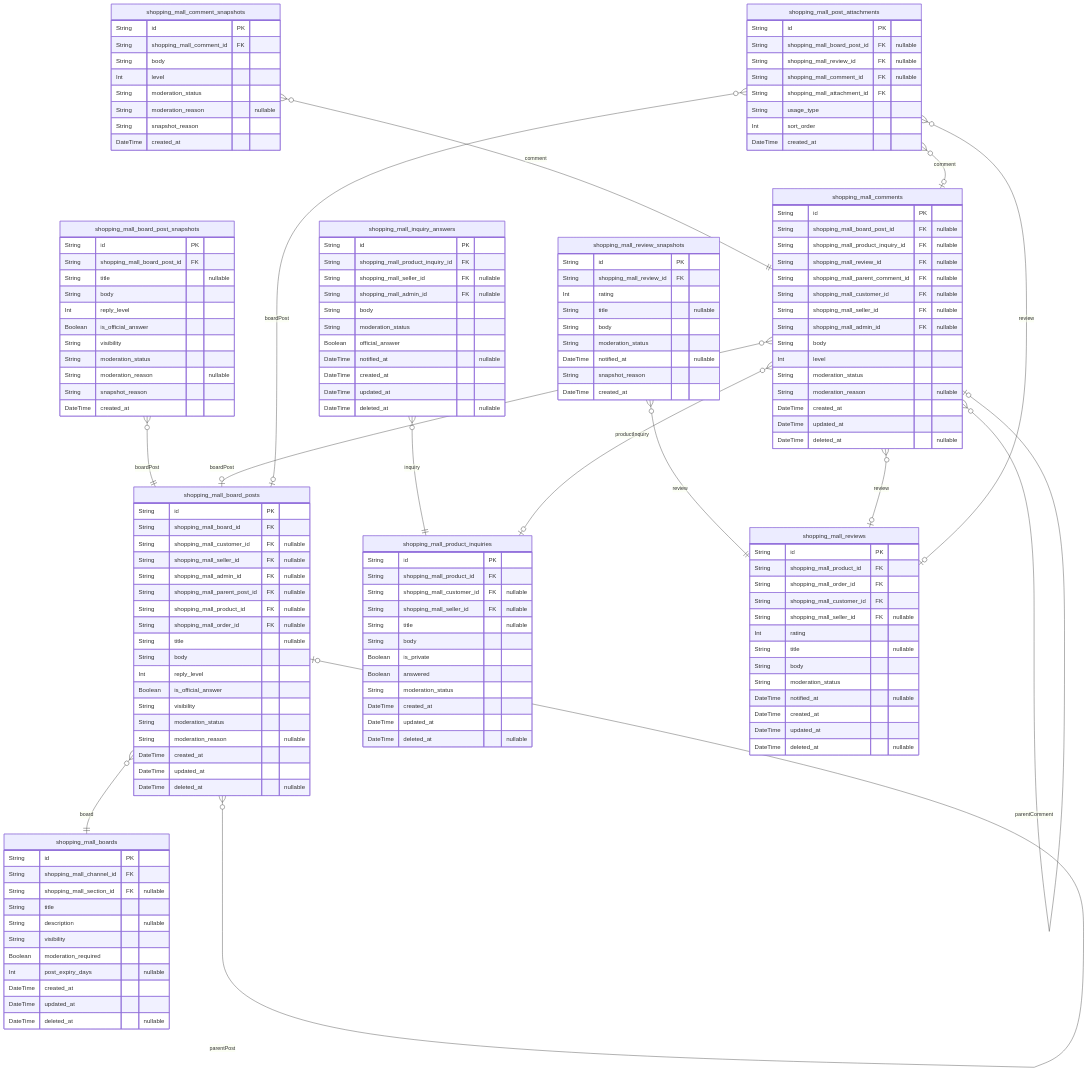
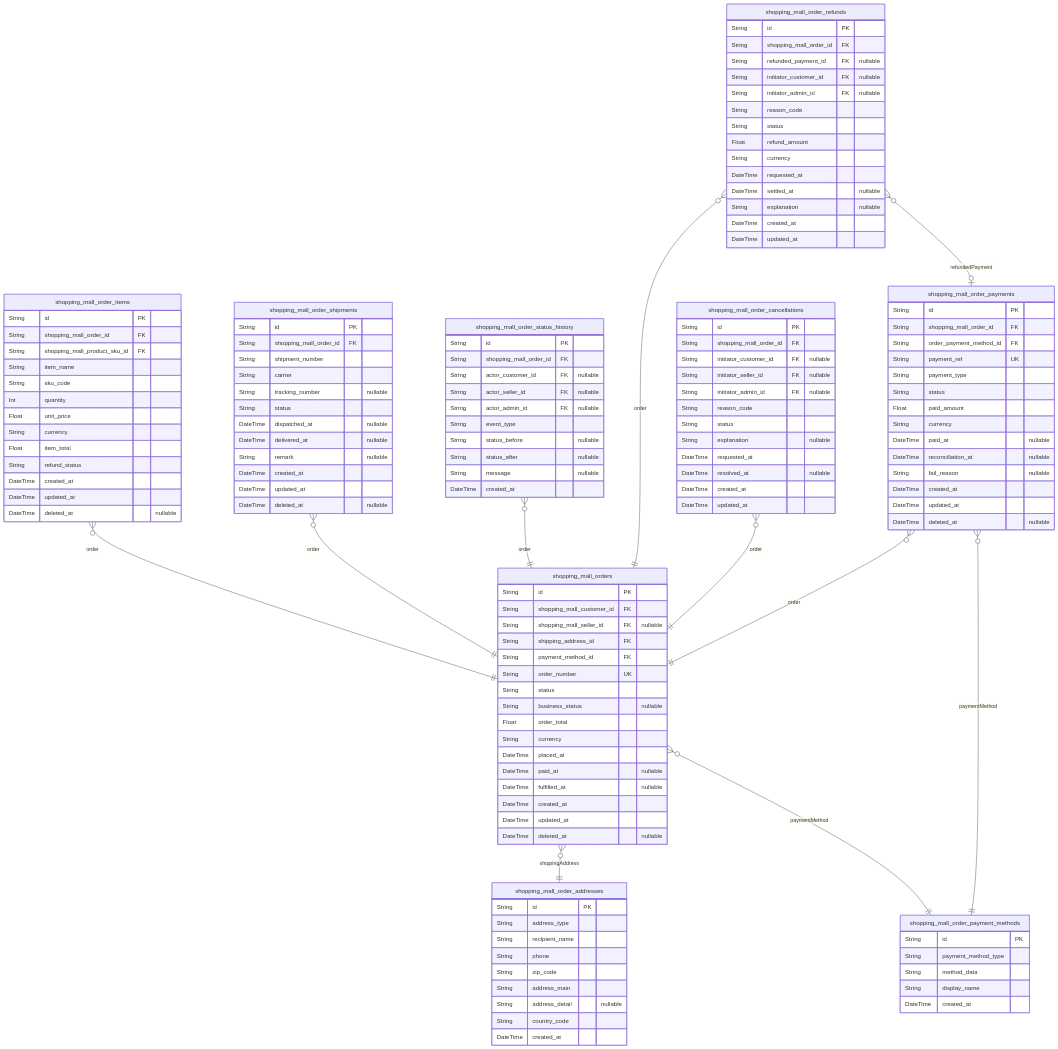
One commit to wrtnlabs/autobe-example-shopping-openai-gpt-4.1 changed the fifth of 9 diagrams in docs/ERD.md. Above: the diagram before and after it, drawn with Mermaid. The commit also changed other lines of this file and 1867 other files, not shown here.

````diff
--- a/docs/ERD.md
+++ b/docs/ERD.md
@@ -1899,152 +853,136 @@
 ```mermaid
 erDiagram
-"shopping_mall_boards" {
+"shopping_mall_orders" {
   String id PK
-  String shopping_mall_channel_id FK
-  String shopping_mall_section_id FK "nullable"
-  String title
-  String description "nullable"
-  String visibility
-  Boolean moderation_required
-  Int post_expiry_days "nullable"
+  String shopping_mall_customer_id FK
+  String shopping_mall_seller_id FK "nullable"
+  String shipping_address_id FK
+  String payment_method_id FK
+  String order_number UK
+  String status
+  String business_status "nullable"
+  Float order_total
+  String currency
+  DateTime placed_at
+  DateTime paid_at "nullable"
+  DateTime fulfilled_at "nullable"
   DateTime created_at
   DateTime updated_at
   DateTime deleted_at "nullable"
 }
-"shopping_mall_board_posts" {
+"shopping_mall_order_items" {
   String id PK
-  String shopping_mall_board_id FK
-  String shopping_mall_customer_id FK "nullable"
-  String shopping_mall_seller_id FK "nullable"
-  String shopping_mall_admin_id FK "nullable"
-  String shopping_mall_parent_post_id FK "nullable"
-  String shopping_mall_product_id FK "nullable"
-  String shopping_mall_order_id FK "nullable"
-  String title "nullable"
-  String body
-  Int reply_level
-  Boolean is_official_answer
-  String visibility
-  String moderation_status
-  String moderation_reason "nullable"
+  String shopping_mall_order_id FK
+  String shopping_mall_product_sku_id FK
+  String item_name
+  String sku_code
+  Int quantity
+  Float unit_price
+  String currency
+  Float item_total
+  String refund_status
   DateTime created_at
   DateTime updated_at
   DateTime deleted_at "nullable"
 }
-"shopping_mall_board_post_snapshots" {
+"shopping_mall_order_shipments" {
   String id PK
-  String shopping_mall_board_post_id FK
-  String title "nullable"
-  String body
-  Int reply_level
-  Boolean is_official_answer
-  String visibility
-  String moderation_status
-  String moderation_reason "nullable"
-  String snapshot_reason
-  DateTime created_at
-}
-"shopping_mall_product_inquiries" {
-  String id PK
-  String shopping_mall_product_id FK
-  String shopping_mall_customer_id FK "nullable"
-  String shopping_mall_seller_id FK "nullable"
-  String title "nullable"
-  String body
-  Boolean is_private
-  Boolean answered
-  String moderation_status
+  String shopping_mall_order_id FK
+  String shipment_number
+  String carrier
+  String tracking_number "nullable"
+  String status
+  DateTime dispatched_at "nullable"
+  DateTime delivered_at "nullable"
+  String remark "nullable"
   DateTime created_at
   DateTime updated_at
   DateTime deleted_at "nullable"
 }
-"shopping_mall_inquiry_answers" {
+"shopping_mall_order_status_history" {
   String id PK
-  String shopping_mall_product_inquiry_id FK
-  String shopping_mall_seller_id FK "nullable"
-  String shopping_mall_admin_id FK "nullable"
-  String body
-  String moderation_status
-  Boolean official_answer
-  DateTime notified_at "nullable"
+  String shopping_mall_order_id FK
+  String actor_customer_id FK "nullable"
+  String actor_seller_id FK "nullable"
+  String actor_admin_id FK "nullable"
+  String event_type
+  String status_before "nullable"
+  String status_after "nullable"
+  String message "nullable"
+  DateTime created_at
+}
+"shopping_mall_order_payments" {
+  String id PK
+  String shopping_mall_order_id FK
+  String order_payment_method_id FK
+  String payment_ref UK
+  String payment_type
+  String status
+  Float paid_amount
+  String currency
+  DateTime paid_at "nullable"
+  DateTime reconciliation_at "nullable"
+  String fail_reason "nullable"
   DateTime created_at
   DateTime updated_at
   DateTime deleted_at "nullable"
 }
-"shopping_mall_reviews" {
+"shopping_mall_order_cancellations" {
   String id PK
-  String shopping_mall_product_id FK
   String shopping_mall_order_id FK
-  String shopping_mall_customer_id FK
-  String shopping_mall_seller_id FK "nullable"
-  Int rating
-  String title "nullable"
-  String body
-  String moderation_status
-  DateTime notified_at "nullable"
+  String initiator_customer_id FK "nullable"
+  String initiator_seller_id FK "nullable"
+  String initiator_admin_id FK "nullable"
+  String reason_code
+  String status
+  String explanation "nullable"
+  DateTime requested_at
+  DateTime resolved_at "nullable"
   DateTime created_at
   DateTime updated_at
-  DateTime deleted_at "nullable"
 }
-"shopping_mall_review_snapshots" {
+"shopping_mall_order_refunds" {
   String id PK
-  String shopping_mall_review_id FK
-  Int rating
-  String title "nullable"
-  String body
-  String moderation_status
-  DateTime notified_at "nullable"
-  String snapshot_reason
+  String shopping_mall_order_id FK
+  String refunded_payment_id FK "nullable"
+  String initiator_customer_id FK "nullable"
+  String initiator_admin_id FK "nullable"
+  String reason_code
+  String status
+  Float refund_amount
+  String currency
+  DateTime requested_at
+  DateTime settled_at "nullable"
+  String explanation "nullable"
+  DateTime created_at
+  DateTime updated_at
+}
+"shopping_mall_order_addresses" {
+  String id PK
+  String address_type
+  String recipient_name
+  String phone
+  String zip_code
+  String address_main
+  String address_detail "nullable"
+  String country_code
   DateTime created_at
 }
-"shopping_mall_comments" {
+"shopping_mall_order_payment_methods" {
   String id PK
-  String shopping_mall_board_post_id FK "nullable"
-  String shopping_mall_product_inquiry_id FK "nullable"
-  String shopping_mall_review_id FK "nullable"
-  String shopping_mall_parent_comment_id FK "nullable"
-  String shopping_mall_customer_id FK "nullable"
-  String shopping_mall_seller_id FK "nullable"
-  String shopping_mall_admin_id FK "nullable"
-  String body
-  Int level
-  String moderation_status
-  String moderation_reason "nullable"
-  DateTime created_at
-  DateTime updated_at
-  DateTime deleted_at "nullable"
-}
-"shopping_mall_comment_snapshots" {
-  String id PK
-  String shopping_mall_comment_id FK
-  String body
-  Int level
-  String moderation_status
-  String moderation_reason "nullable"
-  String snapshot_reason
+  String payment_method_type
+  String method_data
+  String display_name
   DateTime created_at
 }
-"shopping_mall_post_attachments" {
-  String id PK
-  String shopping_mall_board_post_id FK "nullable"
-  String shopping_mall_review_id FK "nullable"
-  String shopping_mall_comment_id FK "nullable"
-  String shopping_mall_attachment_id FK
-  String usage_type
-  Int sort_order
-  DateTime created_at
-}
-"shopping_mall_board_posts" }o--|| "shopping_mall_boards" : board
-"shopping_mall_board_posts" }o--o| "shopping_mall_board_posts" : parentPost
-"shopping_mall_board_post_snapshots" }o--|| "shopping_mall_board_posts" : boardPost
-"shopping_mall_inquiry_answers" }o--|| "shopping_mall_product_inquiries" : inquiry
-"shopping_mall_review_snapshots" }o--|| "shopping_mall_reviews" : review
-"shopping_mall_comments" }o--o| "shopping_mall_board_posts" : boardPost
-"shopping_mall_comments" }o--o| "shopping_mall_product_inquiries" : productInquiry
-"shopping_mall_comments" }o--o| "shopping_mall_reviews" : review
-"shopping_mall_comments" }o--o| "shopping_mall_comments" : parentComment
-"shopping_mall_comment_snapshots" }o--|| "shopping_mall_comments" : comment
-"shopping_mall_post_attachments" }o--o| "shopping_mall_board_posts" : boardPost
-"shopping_mall_post_attachments" }o--o| "shopping_mall_reviews" : review
-"shopping_mall_post_attachments" }o--o| "shopping_mall_comments" : comment
+"shopping_mall_orders" }o--|| "shopping_mall_order_addresses" : shippingAddress
+"shopping_mall_orders" }o--|| "shopping_mall_order_payment_methods" : paymentMethod
+"shopping_mall_order_items" }o--|| "shopping_mall_orders" : order
+"shopping_mall_order_shipments" }o--|| "shopping_mall_orders" : order
+"shopping_mall_order_status_history" }o--|| "shopping_mall_orders" : order
+"shopping_mall_order_payments" }o--|| "shopping_mall_orders" : order
+"shopping_mall_order_payments" }o--|| "shopping_mall_order_payment_methods" : paymentMethod
+"shopping_mall_order_cancellations" }o--|| "shopping_mall_orders" : order
+"shopping_mall_order_refunds" }o--|| "shopping_mall_orders" : order
+"shopping_mall_order_refunds" }o--o| "shopping_mall_order_payments" : refundedPayment
 ```
````
